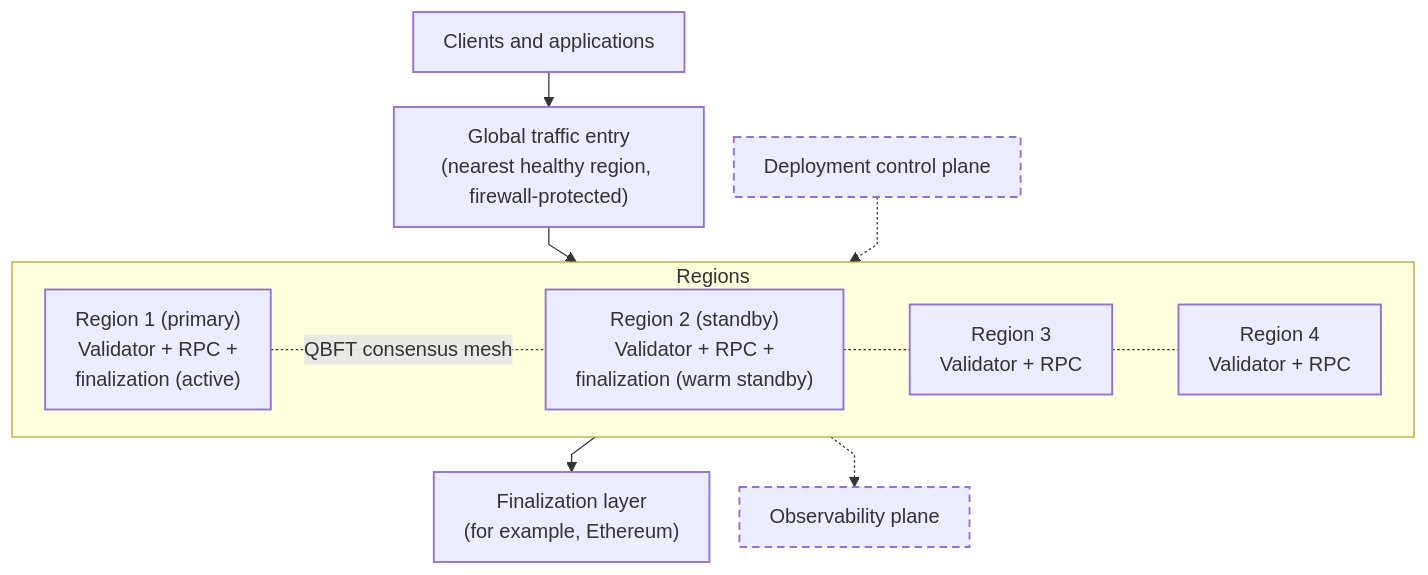
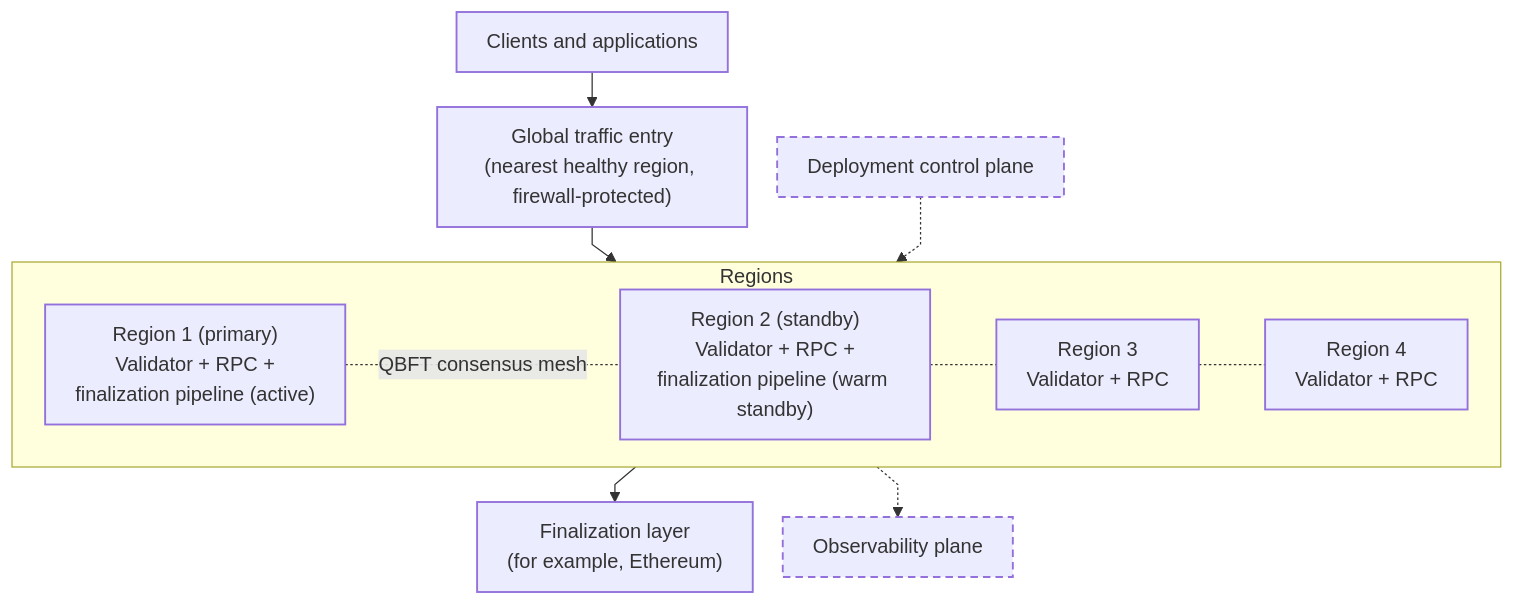
One commit to Consensys/doc.linea changed the first of 2 diagrams in docs/stack/deployment/high-availability.mdx. Above: the diagram before and after it, drawn with Mermaid. The commit also changed other lines of this file and 2 other files, not shown here.

Commit message:
address reviewer feedback

````diff
--- a/docs/stack/deployment/high-availability.mdx
+++ b/docs/stack/deployment/high-availability.mdx
@@ -30,45 +31,45 @@
 ```mermaid
 %%{init: {
   "themeVariables": {
     "fontFamily": "AtypText, sans-serif"
   },
   "flowchart": {
     "useMaxWidth": true,
     "curve": "linear",
     "nodeSpacing": 24,
     "rankSpacing": 28,
     "padding": 12,
     "wrappingWidth": 200
   }
 }}%%
 flowchart TB
   classDef core stroke-width:1.5px;
   classDef access stroke-width:1.5px;
   classDef control stroke-width:1.5px,stroke-dasharray:6 4;
   classDef neutral stroke-width:1.5px;
 
   CL["Clients and applications"]:::neutral
   GA["Global traffic entry<br/>(nearest healthy region, firewall-protected)"]:::access
   CP["Deployment control plane"]:::control
 
   subgraph Regions["Regions"]
     direction LR
-    V1["Region 1 (primary)<br/>Validator + RPC +<br/>finalization (active)"]:::core
-    V2["Region 2 (standby)<br/>Validator + RPC +<br/>finalization (warm standby)"]:::core
+    V1["Region 1 (primary)<br/>Validator + RPC +<br/>finalization pipeline (active)"]:::core
+    V2["Region 2 (standby)<br/>Validator + RPC +<br/>finalization pipeline (warm standby)"]:::core
     V3["Region 3<br/>Validator + RPC"]:::core
     V4["Region 4<br/>Validator + RPC"]:::core
   end
 
   CL --> GA
   GA --> Regions
   CP -.-> Regions
 
   V1 -.-|QBFT consensus mesh| V2
   V2 -.- V3
   V3 -.- V4
 
   OBS["Observability plane"]:::control
   Regions -.-> OBS
 
   V1 --> FL["Finalization layer<br/>(for example, Ethereum)"]:::neutral
 ```
````
